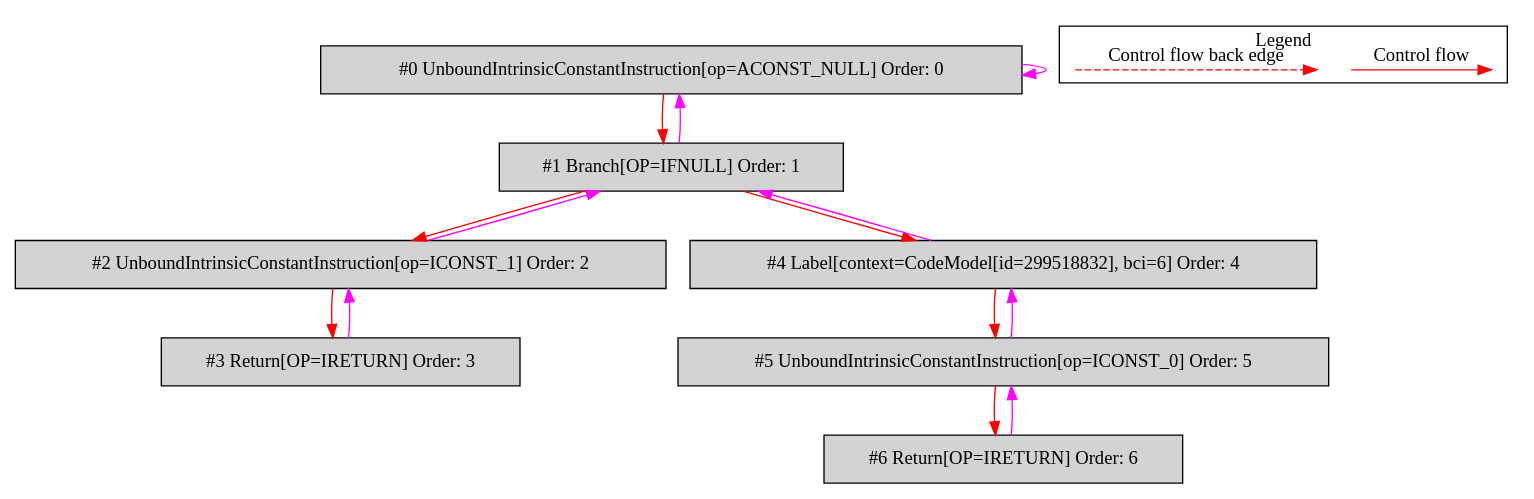
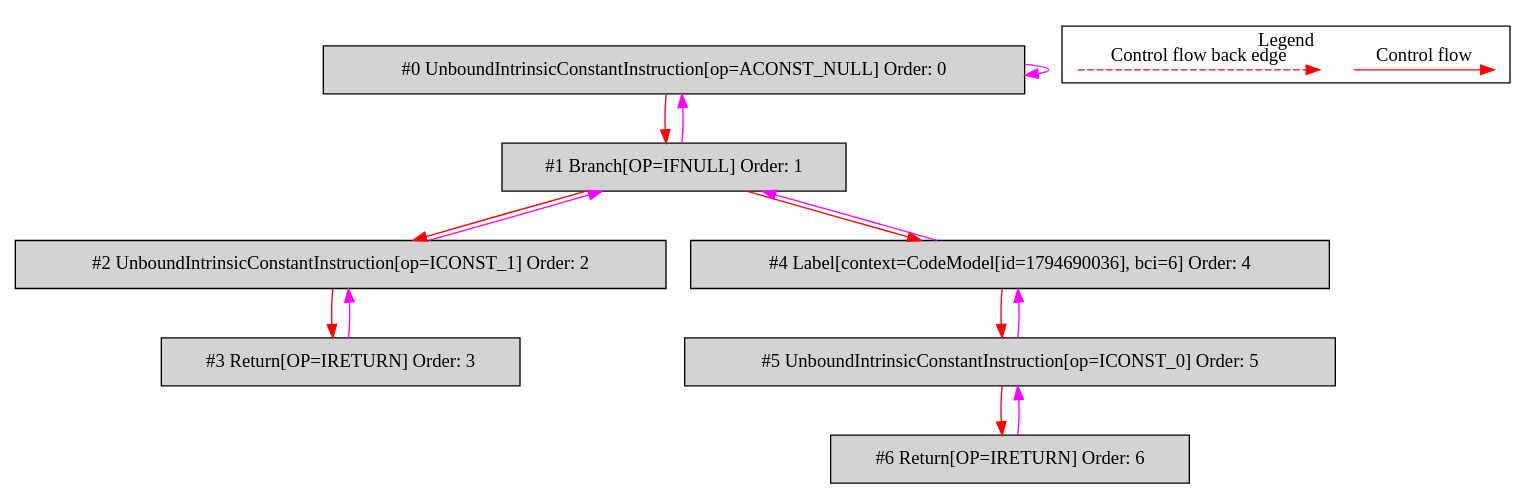
The diagram in de.mirkosertic.metair.ir.OpcodeIFNULLTest/test_IFNULL/bytecodecfg.dot (mirkosertic/MetaIR), drawn with Graphviz before and after one commit. The commit also changed 1204 other files, not shown here.

```diff
--- a/de.mirkosertic.metair.ir.OpcodeIFNULLTest/test_IFNULL/bytecodecfg.dot
+++ b/de.mirkosertic.metair.ir.OpcodeIFNULLTest/test_IFNULL/bytecodecfg.dot
@@ -1,37 +1,37 @@
 digraph {
  ordering="in";
  node0[label="#0 UnboundIntrinsicConstantInstruction[op=ACONST_NULL] Order: 0", shape=box, fillcolor=lightgrey, style=filled];
  node1[label="#1 Branch[OP=IFNULL] Order: 1", shape=box, fillcolor=lightgrey, style=filled];
  node2[label="#2 UnboundIntrinsicConstantInstruction[op=ICONST_1] Order: 2", shape=box, fillcolor=lightgrey, style=filled];
  node3[label="#3 Return[OP=IRETURN] Order: 3", shape=box, fillcolor=lightgrey, style=filled];
- node4[label="#4 Label[context=CodeModel[id=299518832], bci=6] Order: 4", shape=box, fillcolor=lightgrey, style=filled];
+ node4[label="#4 Label[context=CodeModel[id=1794690036], bci=6] Order: 4", shape=box, fillcolor=lightgrey, style=filled];
  node5[label="#5 UnboundIntrinsicConstantInstruction[op=ICONST_0] Order: 5", shape=box, fillcolor=lightgrey, style=filled];
  node6[label="#6 Return[OP=IRETURN] Order: 6", shape=box, fillcolor=lightgrey, style=filled];
  node0 -> node0[color=fuchsia];
  node0 -> node1[color=red];
  node1 -> node0[color=fuchsia];
  node1 -> node2[color=red];
  node2 -> node1[color=fuchsia];
  node2 -> node3[color=red];
  node3 -> node2[color=fuchsia];
  node1 -> node4[color=red];
  node4 -> node1[color=fuchsia];
  node4 -> node5[color=red];
  node5 -> node4[color=fuchsia];
  node5 -> node6[color=red];
  node6 -> node5[color=fuchsia];
  subgraph cluster_000 {
   label = "Legend";
   node [shape=point]
   {
    rank=same;
    c0 [style = invis];
    c1 [style = invis];
    c2 [style = invis];
    c3 [style = invis];
   }
   c0 -> c1 [label="Control flow", style=solid, color=red]
   c2 -> c3 [label="Control flow back edge", style=dashed, color=red]
  }
 
 }
```
